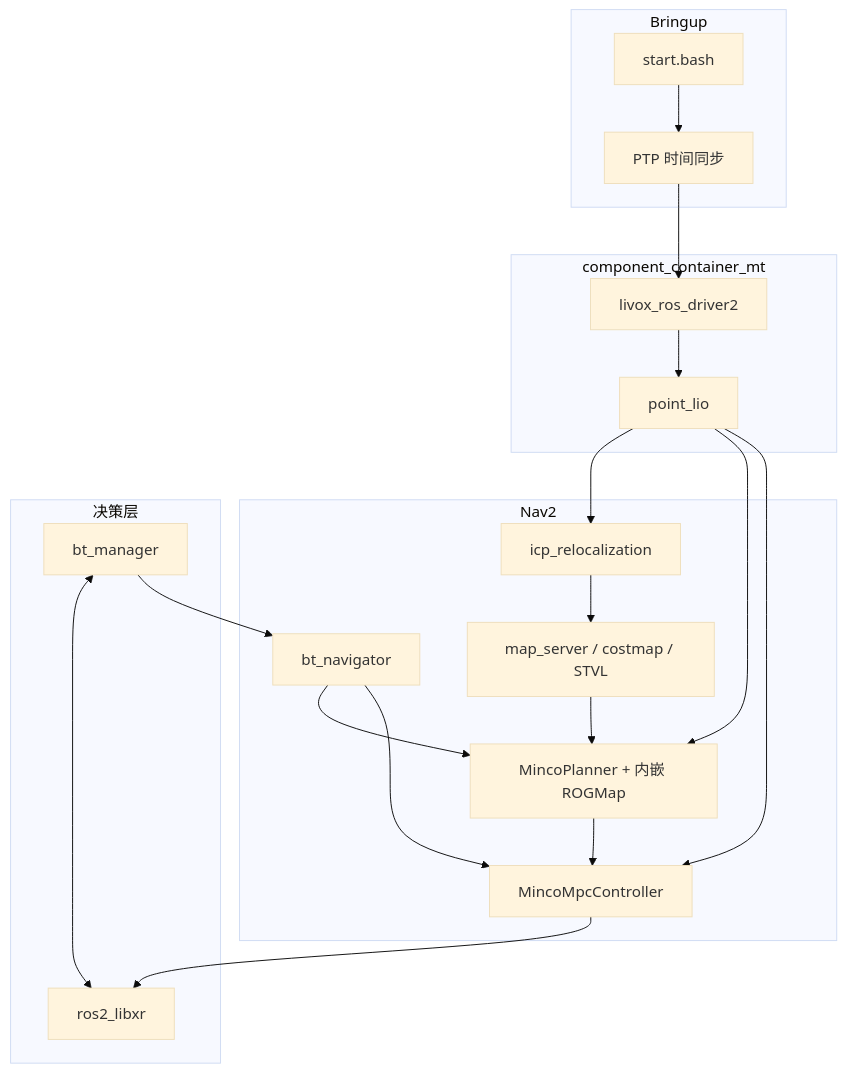
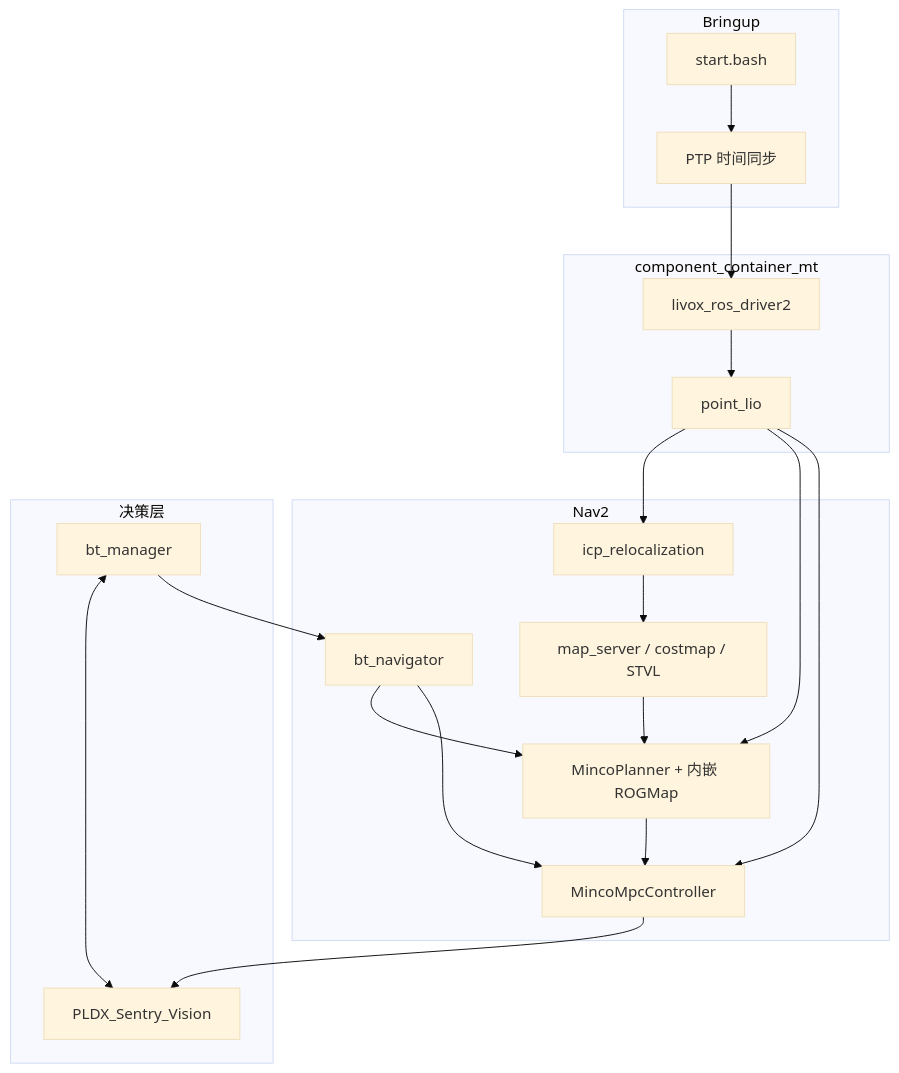
The second of 2 diagrams in README.md (Wanqiq7/Pldx_ws), drawn with Mermaid (base theme) before and after one commit. The commit also changed other lines of this file and 8 other files, not shown here.

````diff
--- a/README.md
+++ b/README.md
@@ -513,39 +512,39 @@
 ```mermaid
 flowchart TB
   subgraph Bringup
     START[start.bash]
     PTP[PTP 时间同步]
     START --> PTP
   end
 
   subgraph Container[component_container_mt]
     DRV[livox_ros_driver2]
     LIO[point_lio]
     DRV --> LIO
   end
 
   subgraph NavStack[Nav2]
     GICP[icp_relocalization]
     MAP[map_server / costmap / STVL]
     PLN[MincoPlanner + 内嵌 ROGMap]
     CTL[MincoMpcController]
     BTN[bt_navigator]
     GICP --> MAP
     MAP --> PLN --> CTL
     BTN --> PLN
     BTN --> CTL
   end
 
   subgraph DecisionLayer[决策层]
     BTM[bt_manager]
-    XR[ros2_libxr]
+    XR[PLDX_Sentry_Vision]
     BTM <--> XR
     BTM --> BTN
   end
 
   PTP --> DRV
   LIO --> GICP
   LIO --> PLN
   LIO --> CTL
   CTL --> XR
 ```
````
